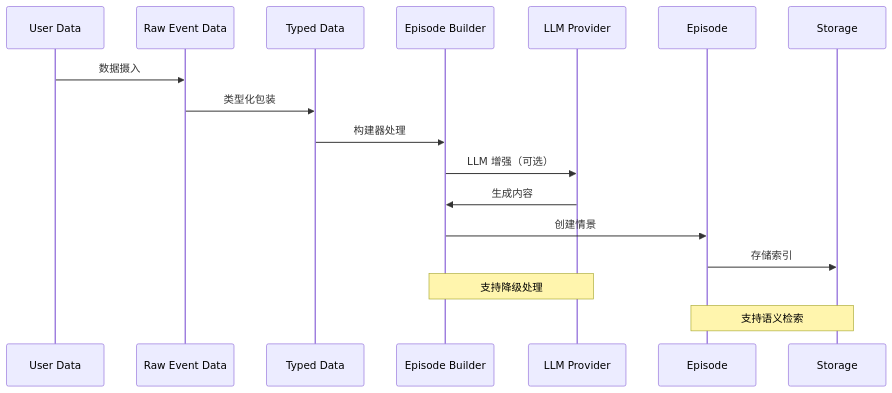
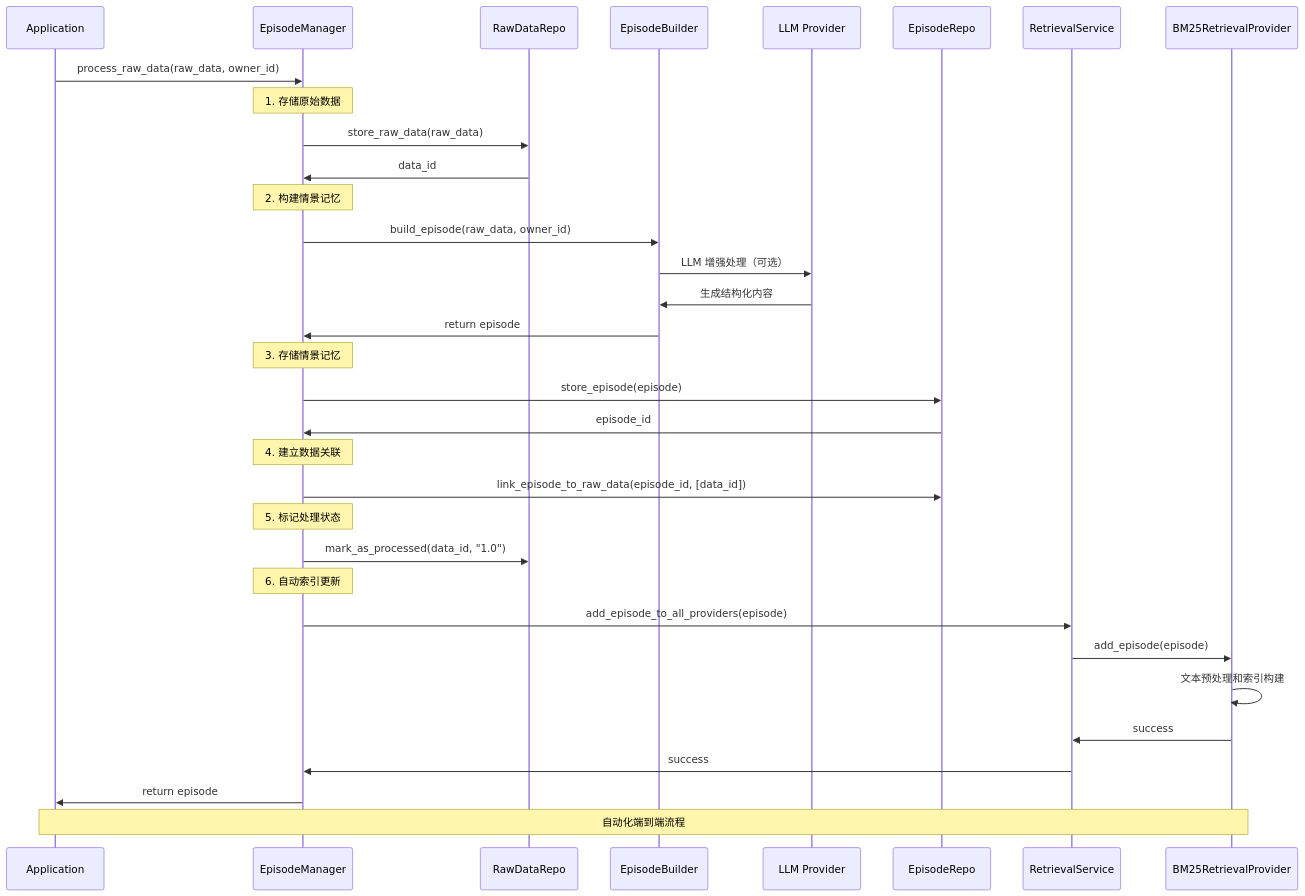
Before and after one commit to nemori-ai/nemori: the second of 4 diagrams in DOMAIN_MODEL.md, drawn with Mermaid. The commit also changed other lines of this file and 24 other files, not shown here.

````diff
--- a/DOMAIN_MODEL.md
+++ b/DOMAIN_MODEL.md
@@ -226,21 +350,44 @@
 ```mermaid
 sequenceDiagram
-    participant U as User Data
-    participant R as Raw Event Data
-    participant T as Typed Data
-    participant B as Episode Builder
+    participant A as Application
+    participant M as EpisodeManager
+    participant R as RawDataRepo
+    participant B as EpisodeBuilder
     participant L as LLM Provider
-    participant E as Episode
-    participant S as Storage
+    participant E as EpisodeRepo
+    participant RS as RetrievalService
+    participant BP as BM25RetrievalProvider
     
-    U->>R: 数据摄入
-    R->>T: 类型化包装
-    T->>B: 构建器处理
-    B->>L: LLM 增强（可选）
-    L->>B: 生成内容
-    B->>E: 创建情景
-    E->>S: 存储索引
+    A->>M: process_raw_data(raw_data, owner_id)
     
-    Note over B,L: 支持降级处理
-    Note over E,S: 支持语义检索
+    Note over M: 1. 存储原始数据
+    M->>R: store_raw_data(raw_data)
+    R->>M: data_id
+    
+    Note over M: 2. 构建情景记忆
+    M->>B: build_episode(raw_data, owner_id)
+    B->>L: LLM 增强处理（可选）
+    L->>B: 生成结构化内容
+    B->>M: return episode
+    
+    Note over M: 3. 存储情景记忆
+    M->>E: store_episode(episode)
+    E->>M: episode_id
+    
+    Note over M: 4. 建立数据关联
+    M->>E: link_episode_to_raw_data(episode_id, [data_id])
+    
+    Note over M: 5. 标记处理状态
+    M->>R: mark_as_processed(data_id, "1.0")
+    
+    Note over M: 6. 自动索引更新
+    M->>RS: add_episode_to_all_providers(episode)
+    RS->>BP: add_episode(episode)
+    BP->>BP: 文本预处理和索引构建
+    BP->>RS: success
+    RS->>M: success
+    
+    M->>A: return episode
+    
+    Note over A,BP: 自动化端到端流程
 ```
````
